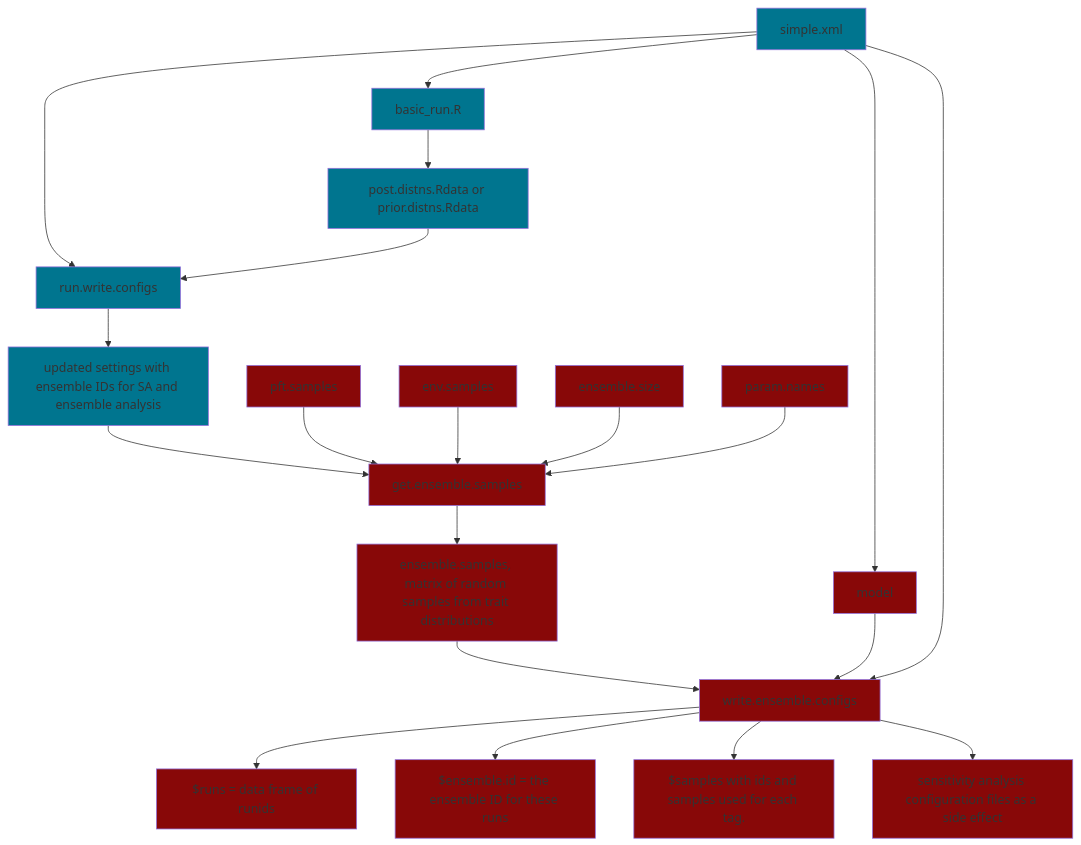
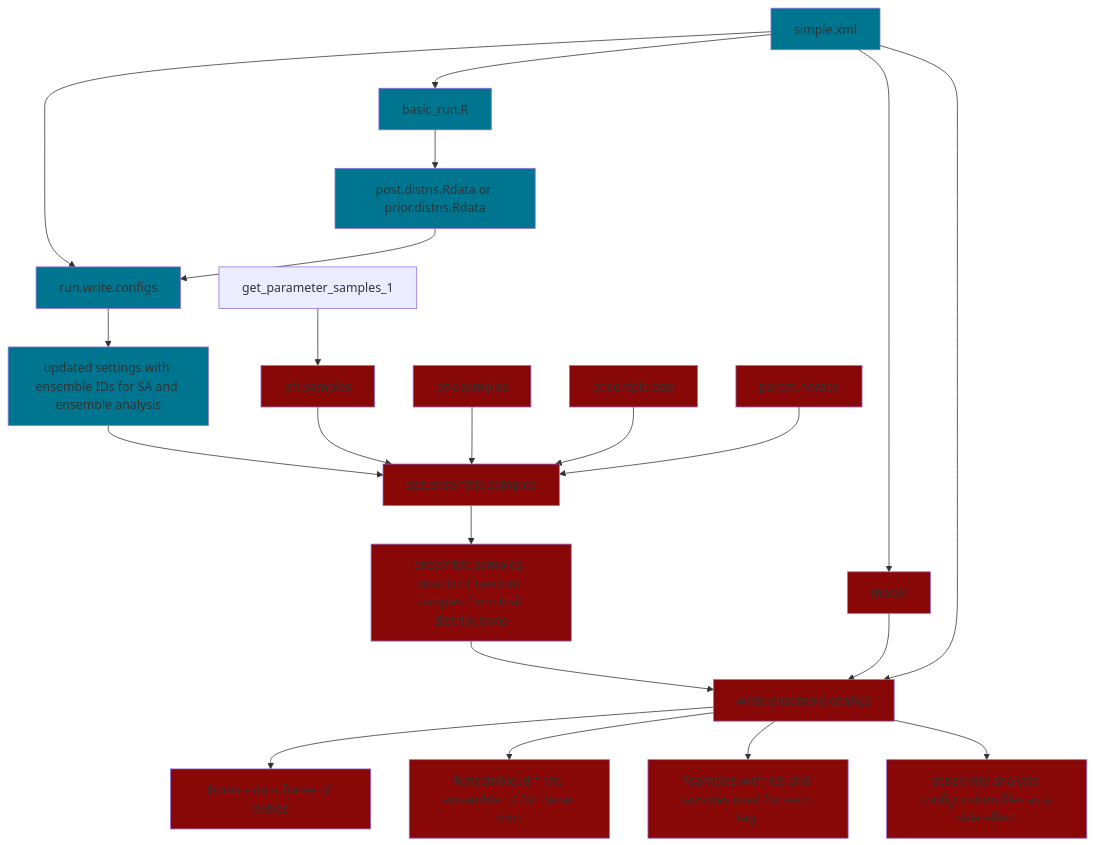
The diagram in README.md (ecamo19/gsoc_project_2022_vm), drawn with Mermaid before and after one commit.

````diff
--- a/README.md
+++ b/README.md
@@ -47,46 +47,47 @@
 ```mermaid
   graph TD;
       simple.xml-->run.write.configs;
       simple.xml-->basic_run.R;
       simple.xml-->model;
       basic_run.R-->posterior.files[post.distns.Rdata or prior.distns.Rdata];
       posterior.files[post.distns.Rdata or prior.distns.Rdata]-->run.write.configs;
       run.write.configs-->output_1[updated settings with ensemble IDs for SA and ensemble analysis ];
       output_1[updated settings with ensemble IDs for SA and ensemble analysis]-->get.ensemble.samples;
       input_get_ensemble_1[pft.samples]-->get.ensemble.samples;
       input_get_ensemble_2[env.samples]-->get.ensemble.samples;
       input_get_ensemble_3[ensemble.size]-->get.ensemble.samples;
       input_get_ensemble_4[param.names]-->get.ensemble.samples;
+      get_parameter_samples_1--> input_get_ensemble_1[pft.samples];  
       get.ensemble.samples--> output_get_ensemble[ensemble.samples, matrix of random samples from trait distributions];
       output_get_ensemble[ensemble.samples, matrix of random samples from trait distributions]-->write.ensemble.configs;
       model-->write.ensemble.configs;
       simple.xml-->write.ensemble.configs;
       write.ensemble.configs-->output_write_ensemble_1[$runs = data frame of runids];
       write.ensemble.configs-->output_write_ensemble_2[$ensemble.id = the ensemble ID for these runs];
       write.ensemble.configs-->output_write_ensemble_3[$samples with ids and samples used for each tag.];
       write.ensemble.configs-->output_write_ensemble_4[sensitivity analysis configuration files as a side effect];
       
       
      
       style basic_run.R fill:#00758f
       style output_1 fill:#00758f
       style run.write.configs fill:#00758f
       style simple.xml fill:#00758f
       style posterior.files fill:#00758f
       
       
   
       style input_get_ensemble_1 fill:#880808
       style input_get_ensemble_2 fill:#880808
       style input_get_ensemble_3 fill:#880808
       style input_get_ensemble_4 fill:#880808
       style get.ensemble.samples fill:#880808
       style output_get_ensemble  fill:#880808 
       style model fill:#880808 
       style write.ensemble.configs fill:#880808
       style output_write_ensemble_1 fill:#880808
       style output_write_ensemble_2 fill:#880808
       style output_write_ensemble_3 fill:#880808
       style output_write_ensemble_4 fill:#880808
       
 ```
````
